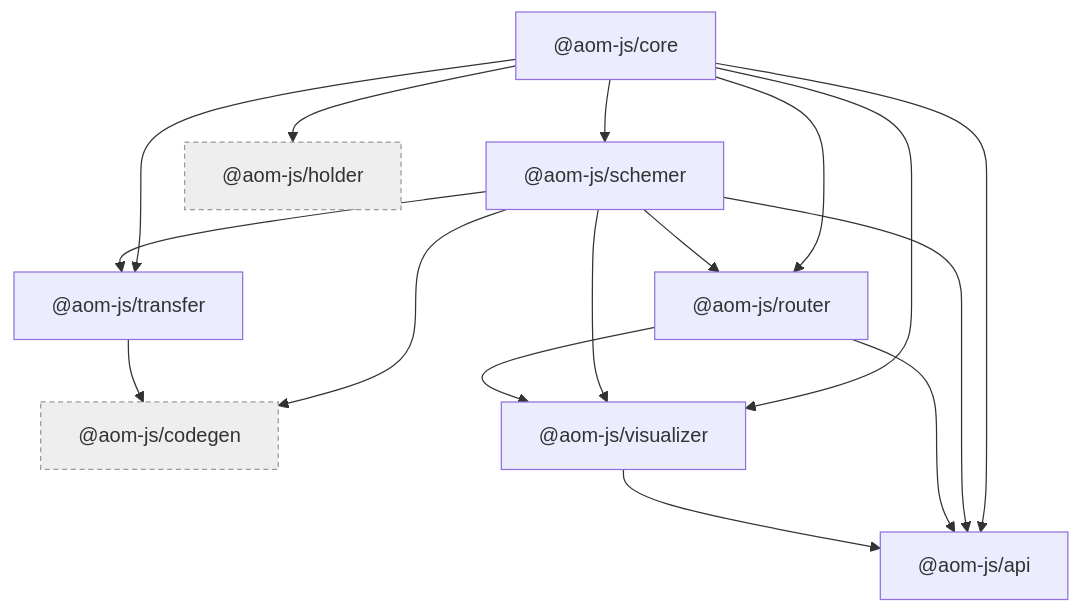
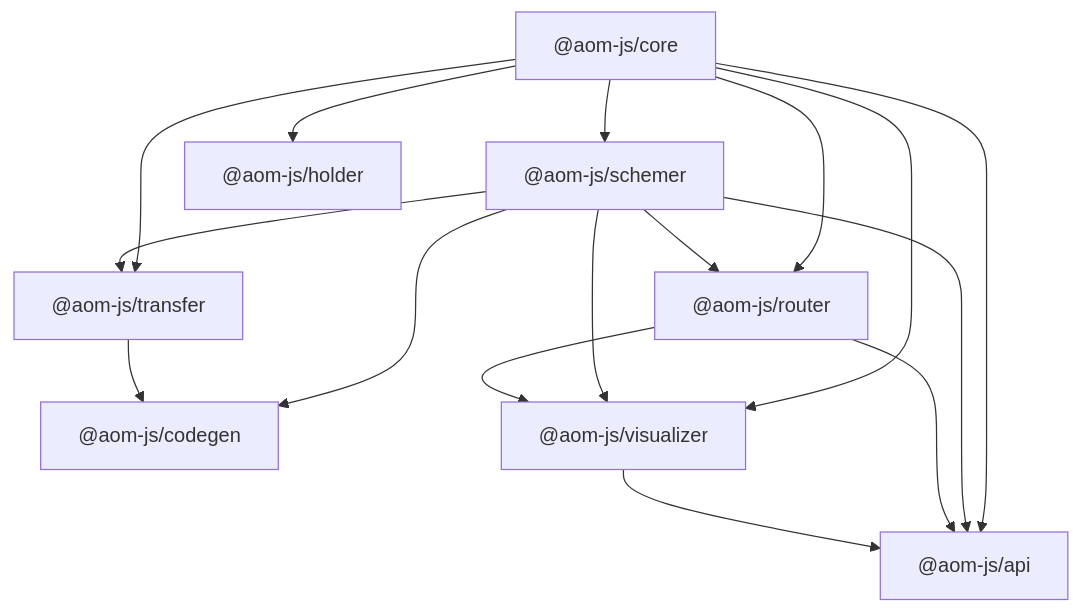
The first of 3 diagrams in docs/architecture.md (aom-js/main), drawn with Mermaid before and after one commit. The commit also changed other lines of this file and 15 other files, not shown here.

````diff
--- a/docs/architecture.md
+++ b/docs/architecture.md
@@ -24,30 +24,27 @@
 ```mermaid
 graph TD
   core["@aom-js/core"]
   schemer["@aom-js/schemer"]
   router["@aom-js/router"]
   api["@aom-js/api"]
   transfer["@aom-js/transfer"]
   holder["@aom-js/holder"]
   codegen["@aom-js/codegen"]
   visualizer["@aom-js/visualizer"]
 
   core --> schemer
   core --> router
   core --> transfer
   core --> holder
   core --> visualizer
   core --> api
   schemer --> router
   schemer --> transfer
   schemer --> visualizer
   schemer --> api
   schemer --> codegen
   transfer --> codegen
   router --> visualizer
   router --> api
   visualizer --> api
-
-  classDef unused fill:#eee,stroke:#999,stroke-dasharray:4 3;
-  class holder,codegen unused;
 ```
````
